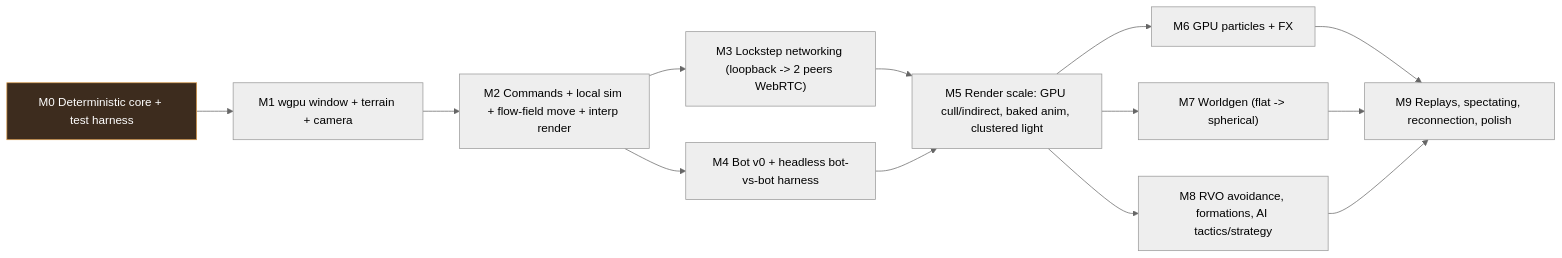
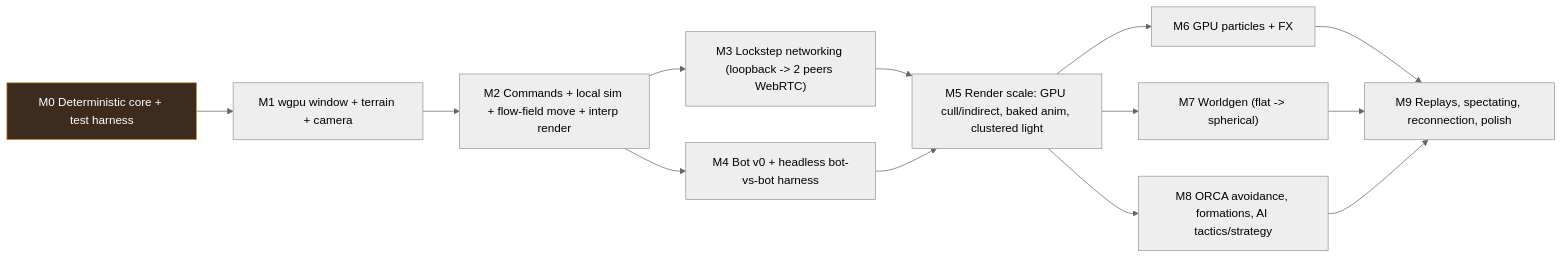
Before and after one commit to RubenTipparach/rts-99-jam: the first of 3 diagrams in docs/architecture/10-roadmap-testing.md, drawn with Mermaid (neutral theme). The commit also changed other lines of this file and 5 other files, not shown here.

First line of the commit message:
Choose ORCA for local collision avoidance

````diff
--- a/docs/architecture/10-roadmap-testing.md
+++ b/docs/architecture/10-roadmap-testing.md
@@ -16,17 +16,17 @@
 ```mermaid
 graph LR
     M0["M0 Deterministic core + test harness"] --> M1["M1 wgpu window + terrain + camera"]
     M1 --> M2["M2 Commands + local sim + flow-field move + interp render"]
     M2 --> M3["M3 Lockstep networking (loopback -> 2 peers WebRTC)"]
     M2 --> M4["M4 Bot v0 + headless bot-vs-bot harness"]
     M3 --> M5["M5 Render scale: GPU cull/indirect, baked anim, clustered light"]
     M4 --> M5
     M5 --> M6["M6 GPU particles + FX"]
     M5 --> M7["M7 Worldgen (flat -> spherical)"]
-    M5 --> M8["M8 RVO avoidance, formations, AI tactics/strategy"]
+    M5 --> M8["M8 ORCA avoidance, formations, AI tactics/strategy"]
     M6 --> M9["M9 Replays, spectating, reconnection, polish"]
     M7 --> M9
     M8 --> M9
     classDef key fill:#3d2c1e,stroke:#d99a4a,color:#fff;
     class M0 key;
 ```
````
